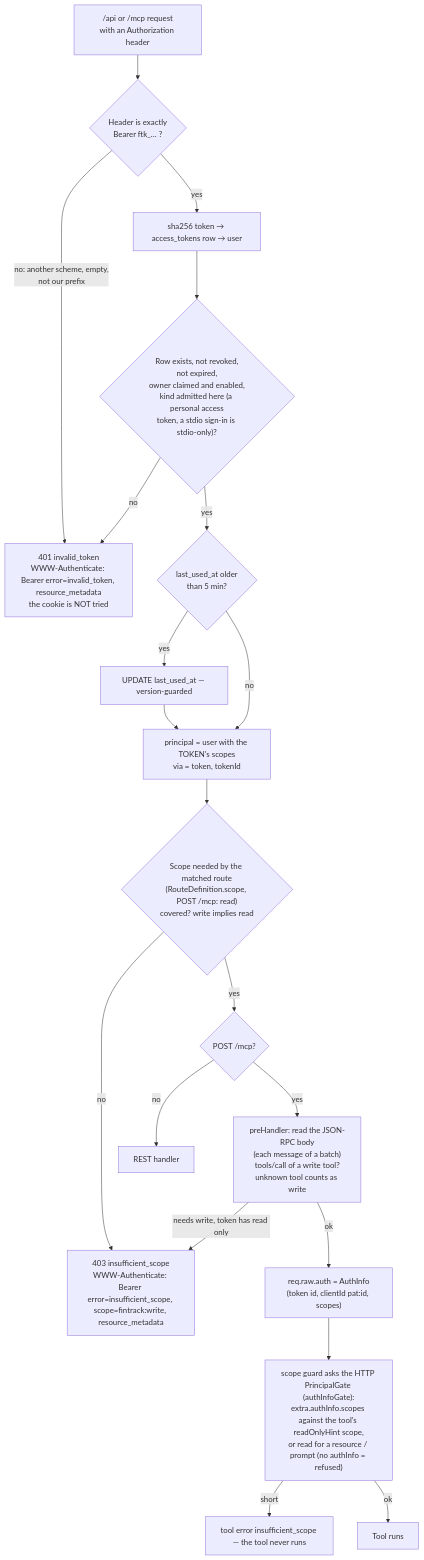
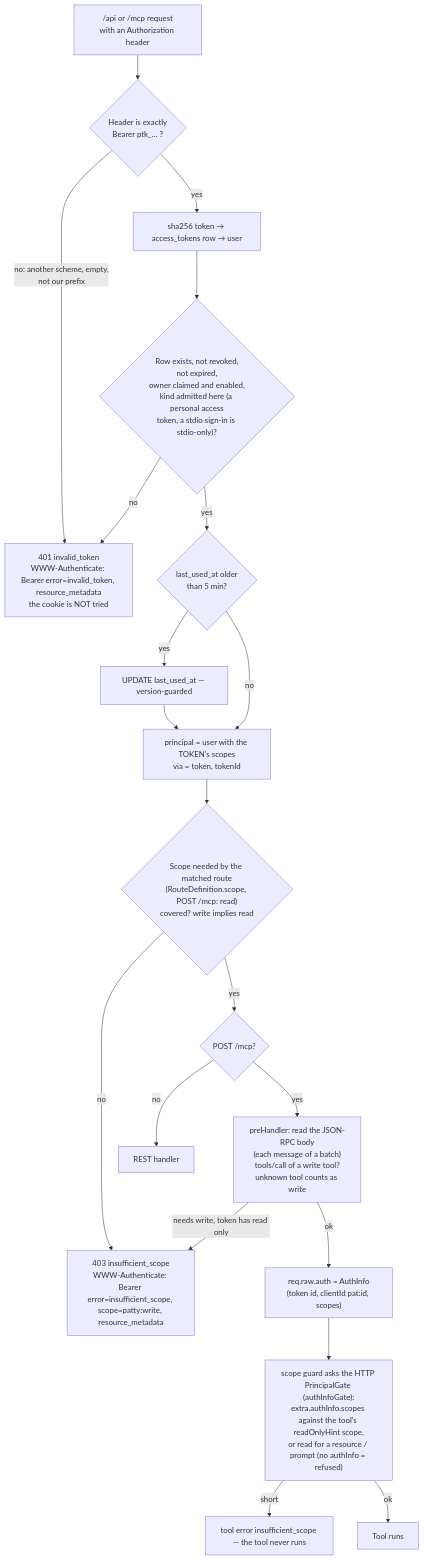
One commit to RafaelFCarneiro/patty changed the seventh of 17 diagrams in docs/auth-flows.md. Above: the diagram before and after it, drawn with Mermaid. The commit also changed other lines of this file and 255 other files, not shown here.

````diff
--- a/docs/auth-flows.md
+++ b/docs/auth-flows.md
@@ -260,21 +260,21 @@
 ```mermaid
 flowchart TD
-    A["/api or /mcp request<br/>with an Authorization header"] --> B{"Header is exactly<br/>Bearer ftk_… ?"}
+    A["/api or /mcp request<br/>with an Authorization header"] --> B{"Header is exactly<br/>Bearer ptk_… ?"}
     B -- "no: another scheme, empty,<br/>not our prefix" --> X1["401 invalid_token<br/>WWW-Authenticate: Bearer error=invalid_token, resource_metadata<br/>the cookie is NOT tried"]
     B -- yes --> C[sha256 token → access_tokens row → user]
     C --> D{"Row exists, not revoked,<br/>not expired,<br/>owner claimed and enabled,<br/>kind admitted here (a personal access<br/>token, a stdio sign-in is stdio-only)?"}
     D -- no --> X1
     D -- yes --> E{"last_used_at older<br/>than 5 min?"}
     E -- yes --> F[UPDATE last_used_at — version-guarded] --> G
     E -- no --> G["principal = user with the TOKEN's scopes<br/>via = token, tokenId"]
     G --> H{"Scope needed by the matched route<br/>(RouteDefinition.scope, POST /mcp: read)<br/>covered? write implies read"}
-    H -- no --> X2["403 insufficient_scope<br/>WWW-Authenticate: Bearer error=insufficient_scope, scope=fintrack:write, resource_metadata"]
+    H -- no --> X2["403 insufficient_scope<br/>WWW-Authenticate: Bearer error=insufficient_scope, scope=patty:write, resource_metadata"]
     H -- yes --> I{"POST /mcp?"}
     I -- no --> Z[REST handler]
     I -- yes --> J["preHandler: read the JSON-RPC body<br/>(each message of a batch)<br/>tools/call of a write tool?<br/>unknown tool counts as write"]
     J -- "needs write, token has read only" --> X2
     J -- ok --> K["req.raw.auth = AuthInfo<br/>(token id, clientId pat:id, scopes)"]
     K --> L["scope guard asks the HTTP PrincipalGate (authInfoGate):<br/>extra.authInfo.scopes against the tool's readOnlyHint scope,<br/>or read for a resource / prompt (no authInfo = refused)"]
     L -- short --> X3["tool error insufficient_scope — the tool never runs"]
     L -- ok --> M[Tool runs]
 ```
````
